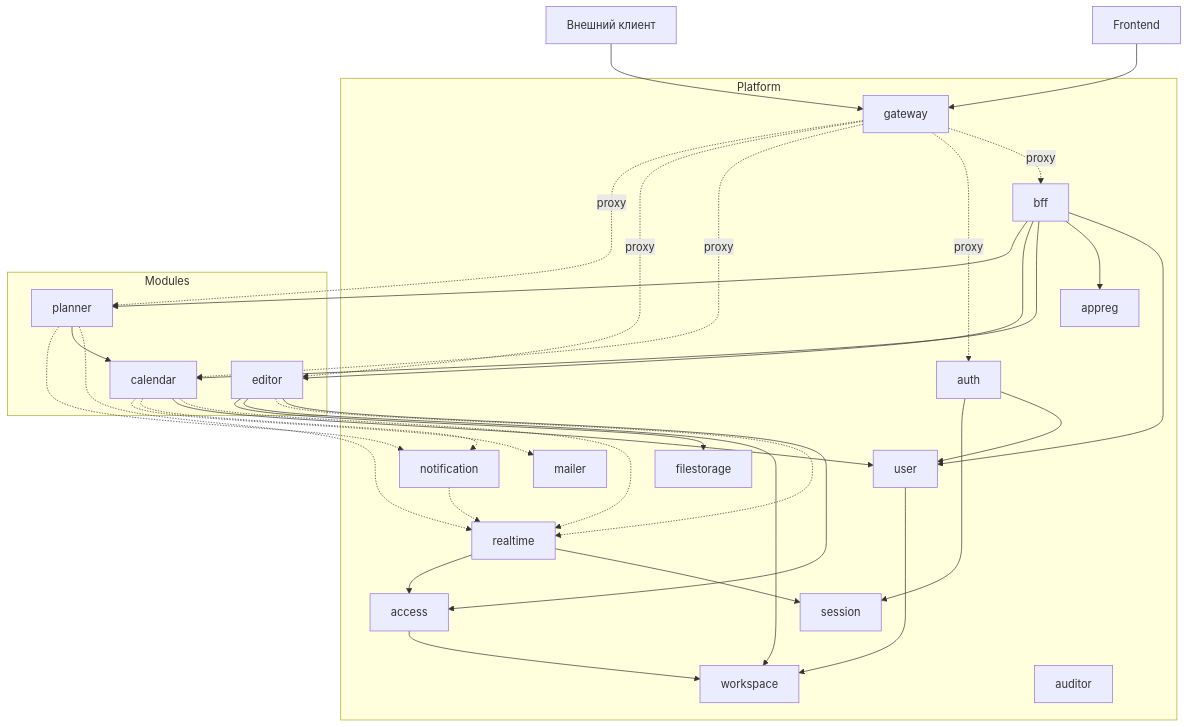
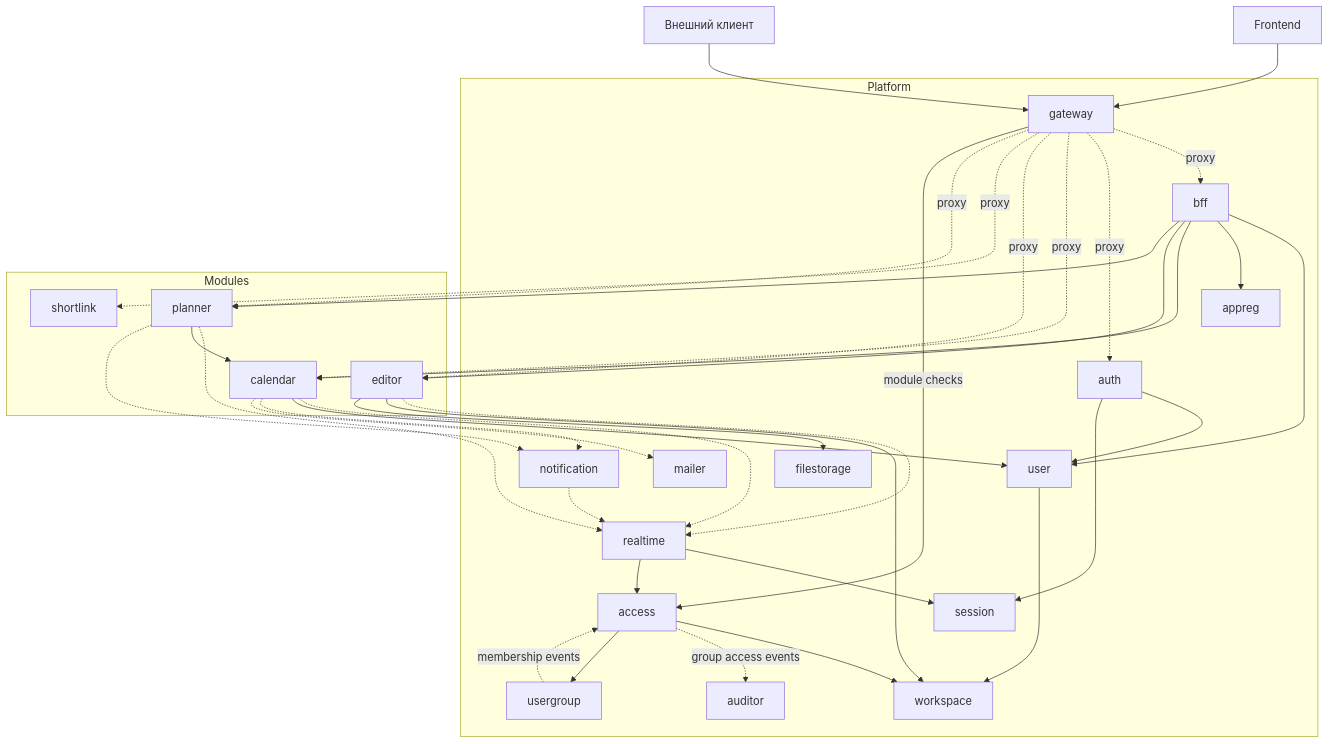
One commit to Exevald/aura-platform changed the second of 6 diagrams in docs/architecture.md. Above: the diagram before and after it, drawn with Mermaid. The commit also changed other lines of this file and 741 other files, not shown here.

````diff
--- a/docs/architecture.md
+++ b/docs/architecture.md
@@ -22,58 +22,64 @@
 ```mermaid
 flowchart TB
     Frontend[Frontend]
     ExternalClient[Внешний клиент]
 
     subgraph Platform[Platform]
         Gateway[gateway]
         BFF[bff]
         Auth[auth]
         Session[session]
         User[user]
+        UserGroup[usergroup]
         Workspace[workspace]
         Access[access]
         AppReg[appreg]
         Realtime[realtime]
         Notification[notification]
         Filestorage[filestorage]
         Mailer[mailer]
         Auditor[auditor]
     end
 
     subgraph Modules[Modules]
         Calendar[calendar]
         Editor[editor]
+        Shortlink[shortlink]
         Planner[planner]
     end
 
     Frontend --> Gateway
     ExternalClient --> Gateway
     Gateway -.->|proxy| BFF
     Gateway -.->|proxy| Auth
     Gateway -.->|proxy| Calendar
     Gateway -.->|proxy| Editor
+    Gateway -.->|proxy| Shortlink
     Gateway -.->|proxy| Planner
     Auth --> User
     Auth --> Session
     BFF --> User
     BFF --> AppReg
     BFF --> Calendar
     BFF --> Editor
     BFF --> Planner
     Access --> Workspace
-    Editor --> Access
+    Gateway -->|module checks| Access
+    Access -.->|group access events| Auditor
+    Access --> UserGroup
+    UserGroup -.->|membership events| Access
     Realtime --> Session
     Realtime --> Access
     Editor -.-> Realtime
     Calendar -.-> Realtime
     Planner -.-> Realtime
     Notification -.-> Realtime
     User --> Workspace
     Editor --> Workspace
     Editor --> Filestorage
     Calendar --> User
     Calendar -.-> Notification
     Calendar -.-> Mailer
     Planner --> Calendar
     Planner -.-> Notification
 ```
````
